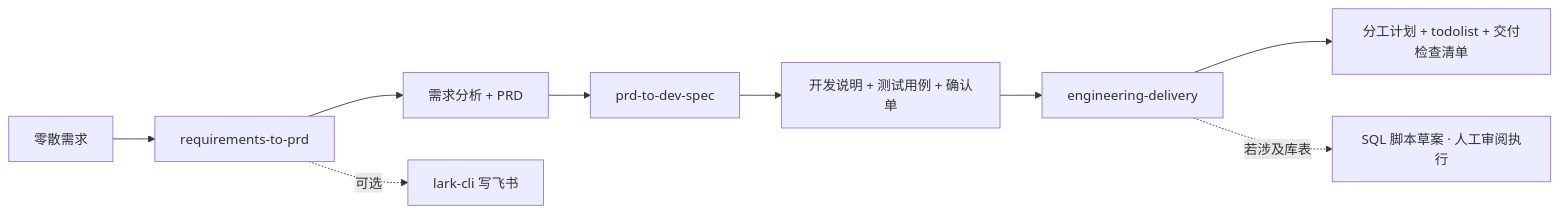
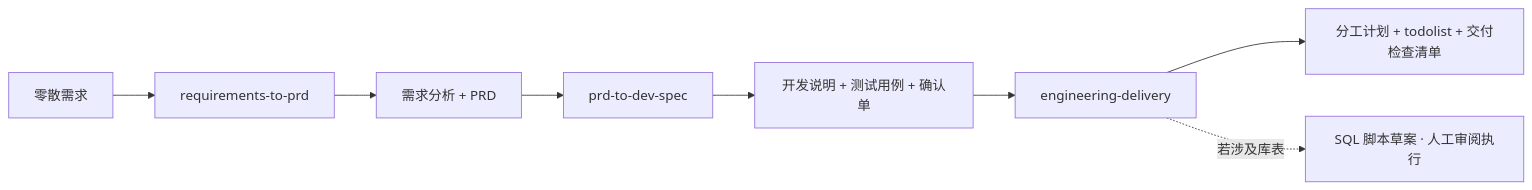
The diagram in README.md (Lucky2024-pllove/req-to-prd-to-dev-eng-all-skills), drawn with Mermaid before and after one commit. The commit also changed other lines of this file and 24 other files, not shown here.

First line of the commit message:
chore(requirements-to-prd): remove lark-cli and Feishu integration

````diff
--- a/README.md
+++ b/README.md
@@ -78,11 +78,10 @@
 ```mermaid
 flowchart LR
   U[零散需求] --> S1[requirements-to-prd]
   S1 --> D1[需求分析 + PRD]
   D1 --> S2[prd-to-dev-spec]
   S2 --> D2[开发说明 + 测试用例 + 确认单]
   D2 --> S3[engineering-delivery]
   S3 --> D3[分工计划 + todolist + 交付检查清单]
-  S1 -.->|可选| L[lark-cli 写飞书]
   S3 -.->|若涉及库表| DB[SQL 脚本草案 · 人工审阅执行]
 ```
````
